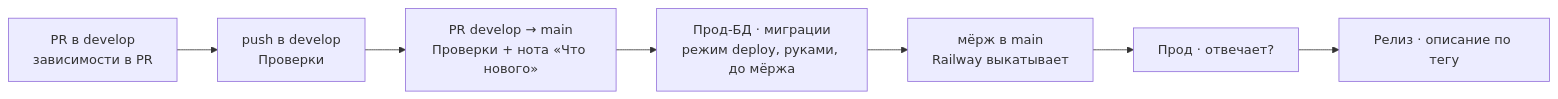
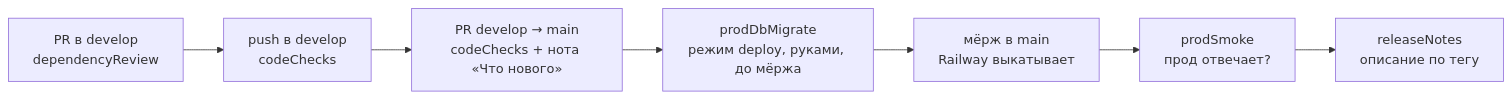
The first of 2 diagrams in .github/workflows/README.md (startupjafari/studenthub), drawn with Mermaid before and after one commit.

Commit message:
docs(ci): дочистить старые названия прогонов в схемах справочника

````diff
--- a/.github/workflows/README.md
+++ b/.github/workflows/README.md
@@ -22,9 +22,9 @@
 ```mermaid
 flowchart LR
-  A["PR в develop<br/>зависимости в PR"] --> B["push в develop<br/>Проверки"]
-  B --> C["PR develop → main<br/>Проверки + нота «Что нового»"]
-  C --> D["Прод-БД · миграции<br/>режим deploy, руками, до мёржа"]
+  A["PR в develop<br/>dependencyReview"] --> B["push в develop<br/>codeChecks"]
+  B --> C["PR develop → main<br/>codeChecks + нота «Что нового»"]
+  C --> D["prodDbMigrate<br/>режим deploy, руками, до мёржа"]
   D --> E["мёрж в main<br/>Railway выкатывает"]
-  E --> F["Прод · отвечает?"]
-  F --> G["Релиз · описание по тегу"]
+  E --> F["prodSmoke<br/>прод отвечает?"]
+  F --> G["releaseNotes<br/>описание по тегу"]
 ```
````
